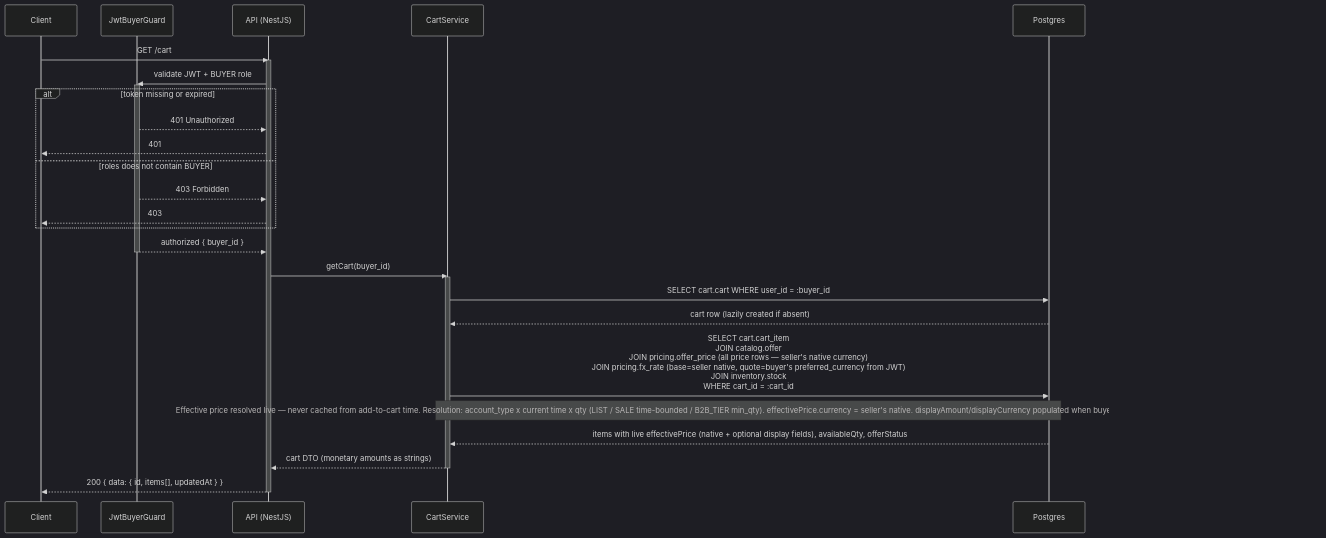
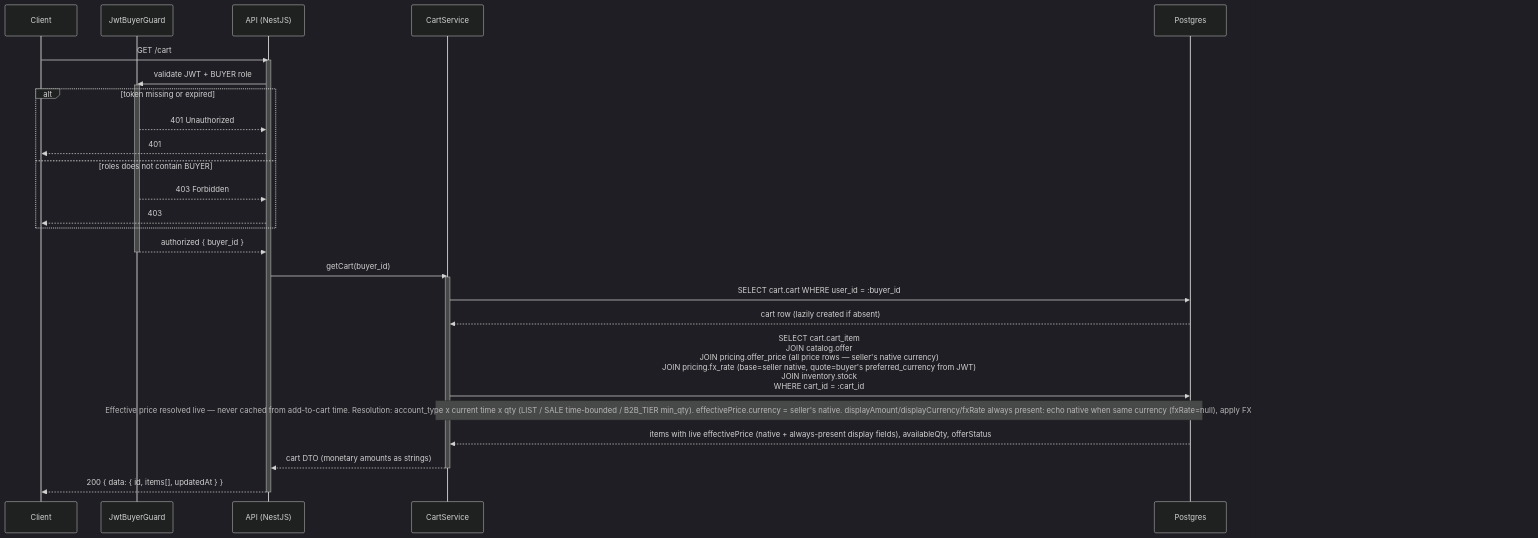
Before and after one commit to alisa-uthi/aliceut-ecom-document: the first of 6 diagrams in phase-1/technical-design/api-design/cart.md, drawn with Mermaid (dark theme). The commit also changed other lines of this file and 4 other files, not shown here.

Commit message:
doc: update price display amount logic

````diff
--- a/phase-1/technical-design/api-design/cart.md
+++ b/phase-1/technical-design/api-design/cart.md
@@ -88,33 +89,33 @@
 ```mermaid
 sequenceDiagram
     participant C as Client
     participant G as JwtBuyerGuard
     participant A as API (NestJS)
     participant S as CartService
     participant P as Postgres
 
     C->>A: GET /cart
     activate A
     A->>G: validate JWT + BUYER role
     activate G
     alt token missing or expired
         G-->>A: 401 Unauthorized
         A-->>C: 401
     else roles does not contain BUYER
         G-->>A: 403 Forbidden
         A-->>C: 403
     end
     G-->>A: authorized { buyer_id }
     deactivate G
     A->>S: getCart(buyer_id)
     activate S
     S->>P: SELECT cart.cart WHERE user_id = :buyer_id
     P-->>S: cart row (lazily created if absent)
     S->>P: SELECT cart.cart_item<br/>JOIN catalog.offer<br/>JOIN pricing.offer_price (all price rows — seller's native currency)<br/>JOIN pricing.fx_rate (base=seller native, quote=buyer's preferred_currency from JWT)<br/>JOIN inventory.stock<br/>WHERE cart_id = :cart_id
-    Note over S,P: Effective price resolved live — never cached from add-to-cart time. Resolution: account_type x current time x qty (LIST / SALE time-bounded / B2B_TIER min_qty). effectivePrice.currency = seller's native. displayAmount/displayCurrency populated when buyer preferred_currency != seller native and FX rate available.
-    P-->>S: items with live effectivePrice (native + optional display fields), availableQty, offerStatus
+    Note over S,P: Effective price resolved live — never cached from add-to-cart time. Resolution: account_type x current time x qty (LIST / SALE time-bounded / B2B_TIER min_qty). effectivePrice.currency = seller's native. displayAmount/displayCurrency/fxRate always present: echo native when same currency (fxRate=null), apply FX conversion when different, set displayAmount=null when FX rate unavailable.
+    P-->>S: items with live effectivePrice (native + always-present display fields), availableQty, offerStatus
     S-->>A: cart DTO (monetary amounts as strings)
     deactivate S
     A-->>C: 200 { data: { id, items[], updatedAt } }
     deactivate A
 ```
````
